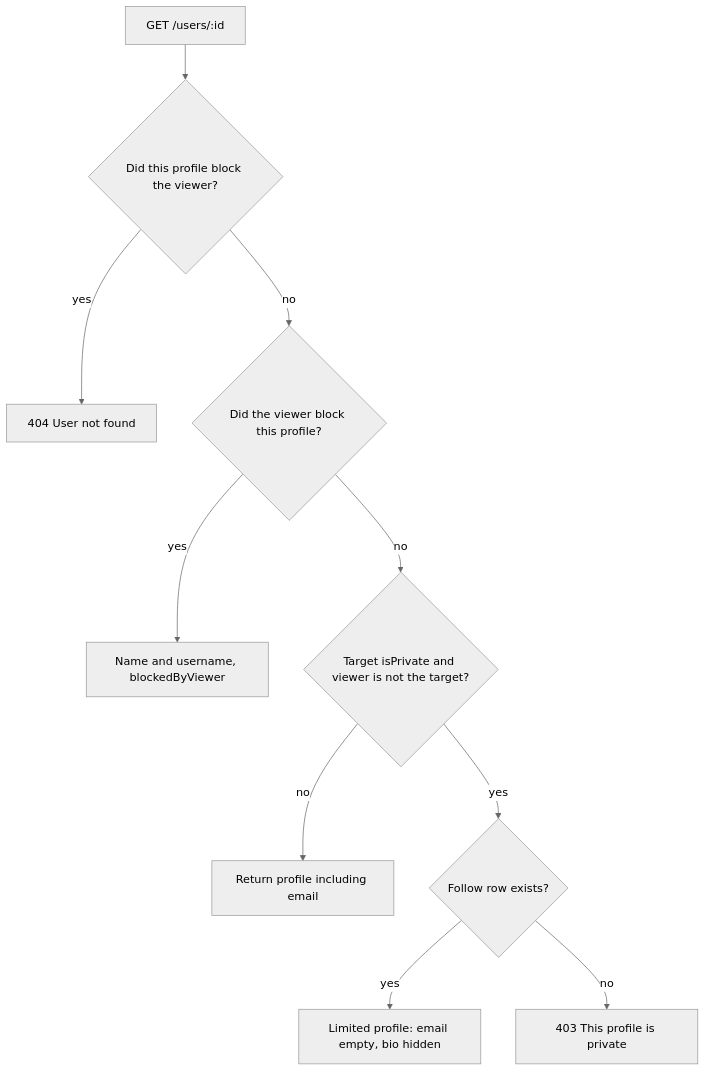
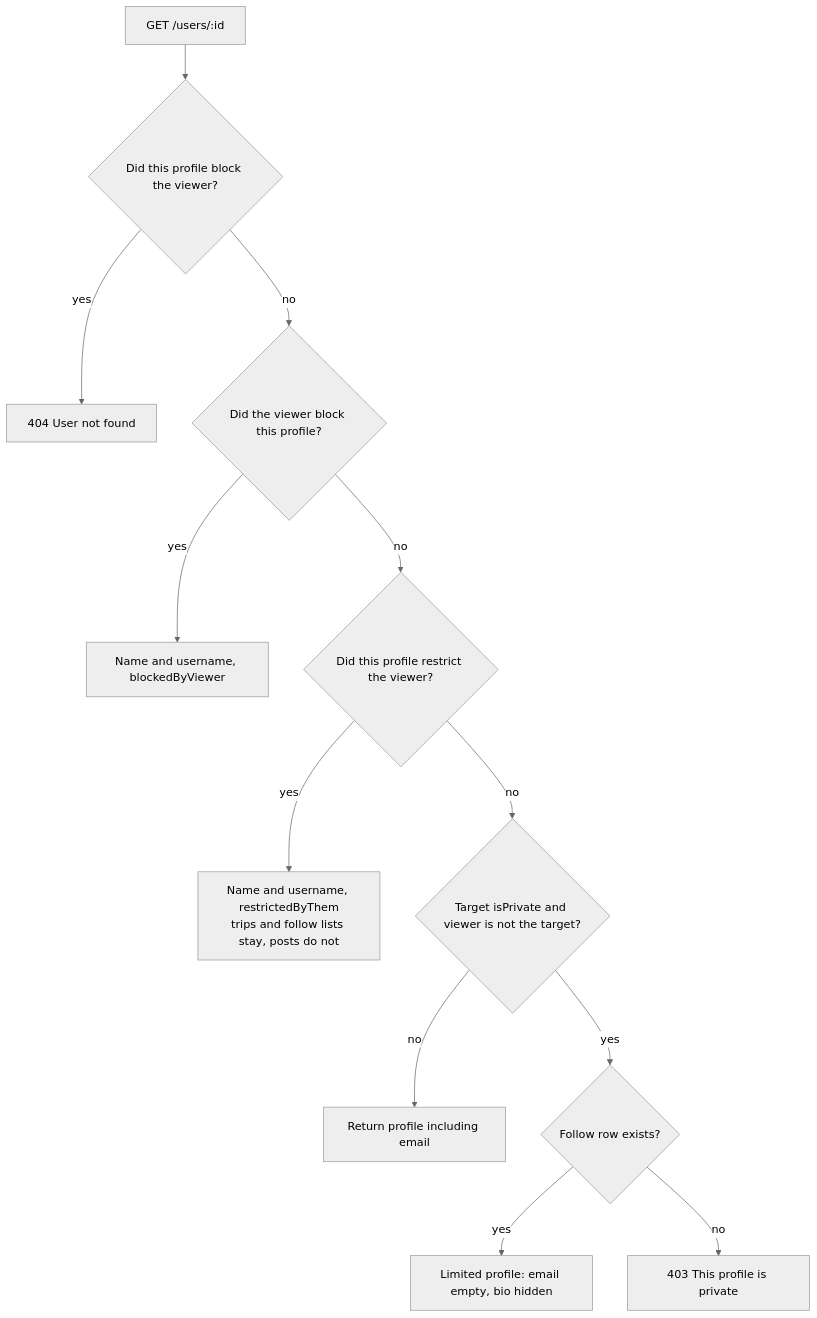
One commit to bagariaraj23/Trav-Flut changed the first of 2 diagrams in documentations/technical/03-profiles-and-privacy.md. Above: the diagram before and after it, drawn with Mermaid (neutral theme). The commit also changed other lines of this file and 5 other files, not shown here.

````diff
--- a/documentations/technical/03-profiles-and-privacy.md
+++ b/documentations/technical/03-profiles-and-privacy.md
@@ -30,12 +30,14 @@
 ```mermaid
 flowchart TD
   Start["GET /users/:id"] --> Missing{"Did this profile block the viewer?"}
   Missing -->|yes| Gone["404 User not found"]
   Missing -->|no| Own{"Did the viewer block this profile?"}
   Own -->|yes| Partial["Name and username, blockedByViewer"]
-  Own -->|no| Priv{"Target isPrivate and viewer is not the target?"}
+  Own -->|no| Restricted{"Did this profile restrict the viewer?"}
+  Restricted -->|yes| Thin["Name and username, restrictedByThem\ntrips and follow lists stay, posts do not"]
+  Restricted -->|no| Priv{"Target isPrivate and viewer is not the target?"}
   Priv -->|no| Full["Return profile including email"]
   Priv -->|yes| Follow{"Follow row exists?"}
   Follow -->|yes| Limited["Limited profile: email empty, bio hidden"]
   Follow -->|no| Deny["403 This profile is private"]
 ```
````
